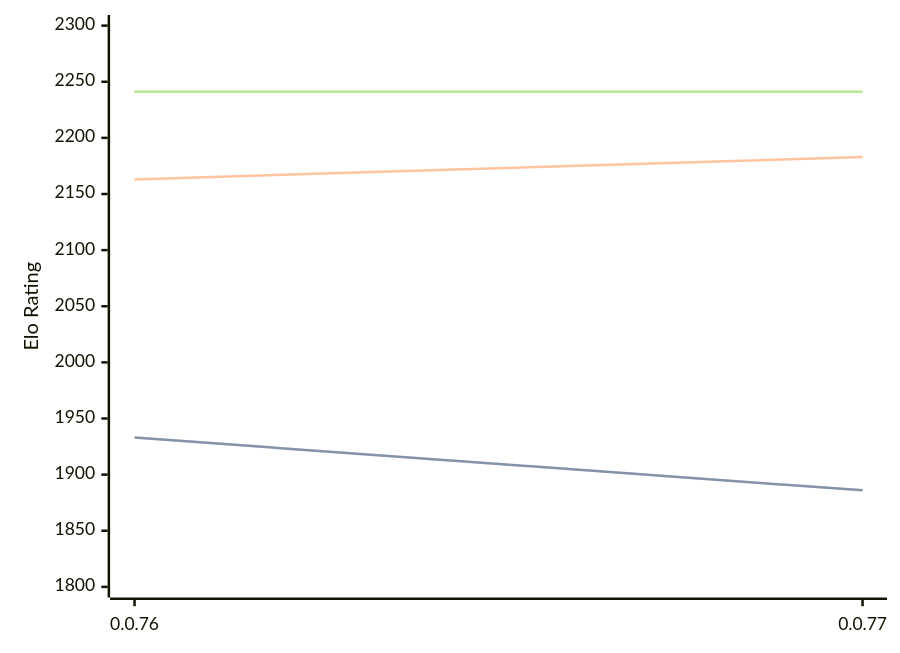
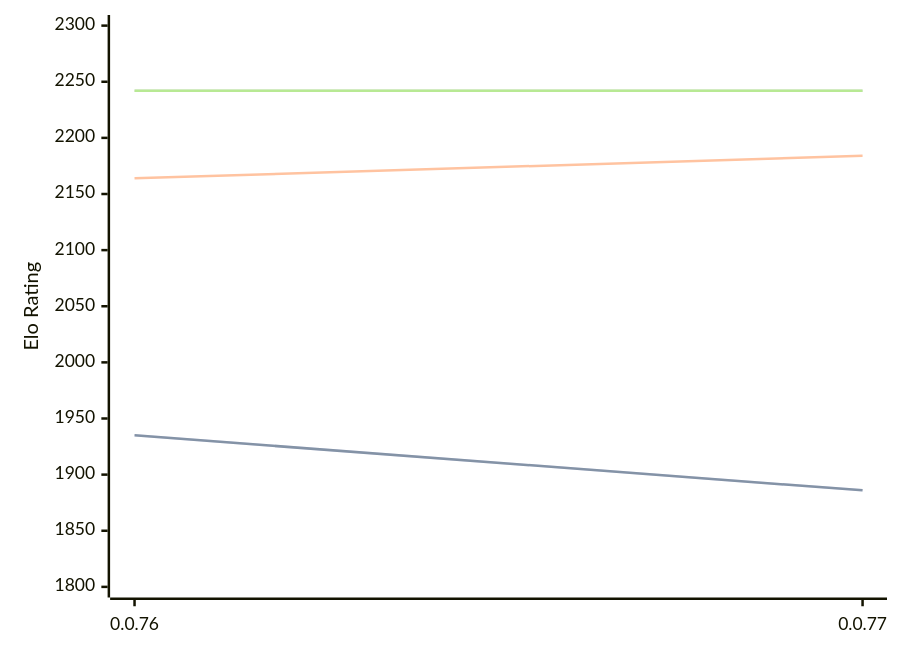
One commit to computer-chess-index/cci changed the diagram in engines/Fktb.md. Above: the diagram before and after it, drawn with Mermaid. The commit also changed other lines of this file, not shown here.

Commit message:
Update CCI Ratings (ELO VLTC) - 2026-04-09

````diff
--- a/engines/Fktb.md
+++ b/engines/Fktb.md
@@ -32,11 +32,11 @@
 ```mermaid
 %%{init: {"theme":"base","themeVariables":{"seriesColors:['#a3a3a3','#222221','#faa371']}}}%%
 xychart-beta
   x-axis ["0.0.76", "0.0.77"]
   y-axis "Elo Rating" 1800 --> 2300
-  line "STC (8.0+0.08s)" [1933, 1886]
-  line "STC (8.0+0.08s)" [1933, 1886]
-  line "LTC (60.0+0.60s)" [2163, 2183]
-  line "VLTC (2m24s+1.12s)" [2241, 2241]
-  line "VLTC (2m24s+1.12s)" [2241, 2241]
+  line "STC (8.0+0.08s)" [1935, 1886]
+  line "STC (8.0+0.08s)" [1935, 1886]
+  line "LTC (60.0+0.60s)" [2164, 2184]
+  line "VLTC (2m24s+1.12s)" [2242, 2242]
+  line "VLTC (2m24s+1.12s)" [2242, 2242]
 ```
````
